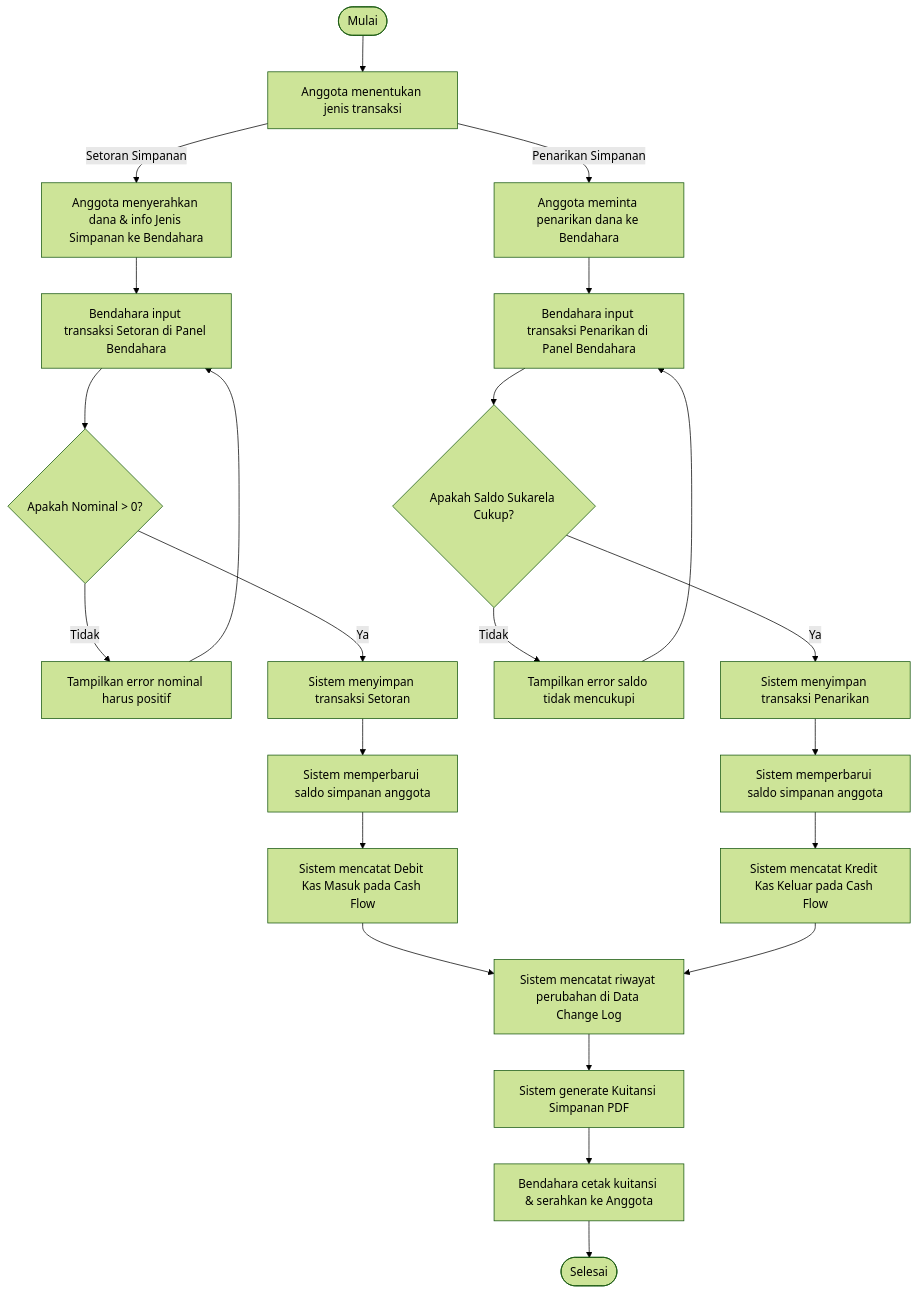
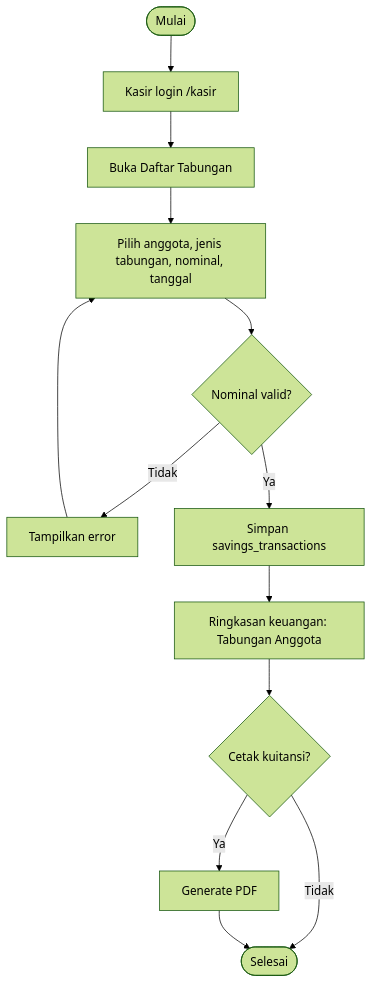
The first of 4 diagrams in ACTIVITY_DIAGRAM.md (adrianakbar/karya_tantri_abadi), drawn with Mermaid (forest theme) before and after one commit. The commit also changed other lines of this file and 4 other files, not shown here.

````diff
--- a/ACTIVITY_DIAGRAM.md
+++ b/ACTIVITY_DIAGRAM.md
@@ -18,29 +21,14 @@
 ```mermaid
 flowchart TD
-    Start([Mulai]) --> AnggotaPilih[Anggota menentukan jenis transaksi]
-    
-    %% Alur Setoran
-    AnggotaPilih -->|Setoran Simpanan| AnggotaSetor[Anggota menyerahkan dana & info Jenis Simpanan ke Bendahara]
-    AnggotaSetor --> BendaharaInputSetor[Bendahara input transaksi Setoran di Panel Bendahara]
-    BendaharaInputSetor --> ValidasiSetor{Apakah Nominal > 0?}
-    ValidasiSetor -- Tidak --> ErrorNominal[Tampilkan error nominal harus positif] --> BendaharaInputSetor
-    ValidasiSetor -- Ya --> SimpanSetor[Sistem menyimpan transaksi Setoran]
-    SimpanSetor --> TambahSaldo[Sistem memperbarui saldo simpanan anggota]
-    TambahSaldo --> JurnalMasuk[Sistem mencatat Debit Kas Masuk pada Cash Flow]
-    
-    %% Alur Penarikan
-    AnggotaPilih -->|Penarikan Simpanan| AnggotaTarik[Anggota meminta penarikan dana ke Bendahara]
-    AnggotaTarik --> BendaharaInputTarik[Bendahara input transaksi Penarikan di Panel Bendahara]
-    BendaharaInputTarik --> ValidasiSaldo{Apakah Saldo Sukarela Cukup?}
-    ValidasiSaldo -- Tidak --> ErrorSaldo[Tampilkan error saldo tidak mencukupi] --> BendaharaInputTarik
-    ValidasiSaldo -- Ya --> SimpanTarik[Sistem menyimpan transaksi Penarikan]
-    SimpanTarik --> KurangSaldo[Sistem memperbarui saldo simpanan anggota]
-    KurangSaldo --> JurnalKeluar[Sistem mencatat Kredit Kas Keluar pada Cash Flow]
-    
-    %% Gabungan Proses Akhir
-    JurnalMasuk --> AuditLog[Sistem mencatat riwayat perubahan di Data Change Log]
-    JurnalKeluar --> AuditLog
-    AuditLog --> CetakPDF[Sistem generate Kuitansi Simpanan PDF]
-    CetakPDF --> CetakKuitansi[Bendahara cetak kuitansi & serahkan ke Anggota]
-    CetakKuitansi --> End([Selesai])
+    Start([Mulai]) --> Login[Kasir login /kasir]
+    Login --> BukaMenu[Buka Daftar Tabungan]
+    BukaMenu --> IsiForm[Pilih anggota, jenis tabungan, nominal, tanggal]
+    IsiForm --> Validasi{Nominal valid?}
+    Validasi -- Tidak --> Error[Tampilkan error] --> IsiForm
+    Validasi -- Ya --> Simpan[Simpan savings_transactions]
+    Simpan --> Cash[Ringkasan keuangan: Tabungan Anggota]
+    Cash --> Cetak{Cetak kuitansi?}
+    Cetak -- Ya --> PDF[Generate PDF]
+    Cetak -- Tidak --> End([Selesai])
+    PDF --> End
 ```
````
